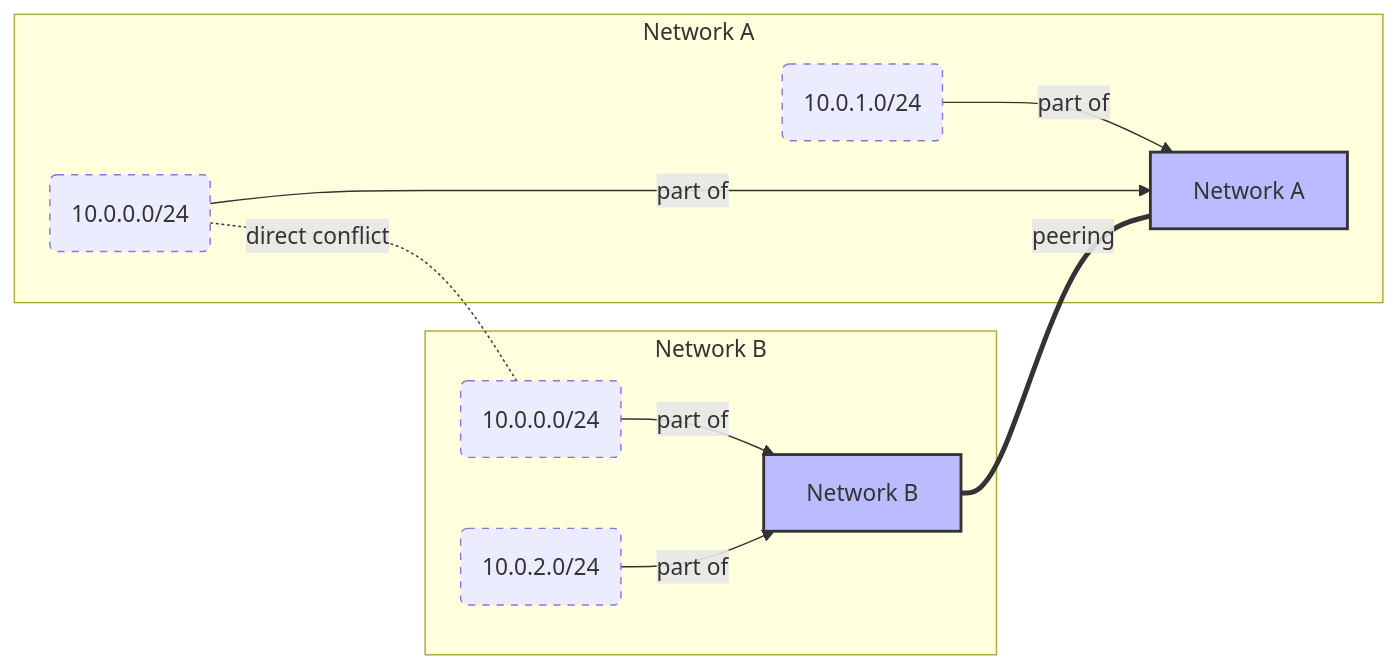
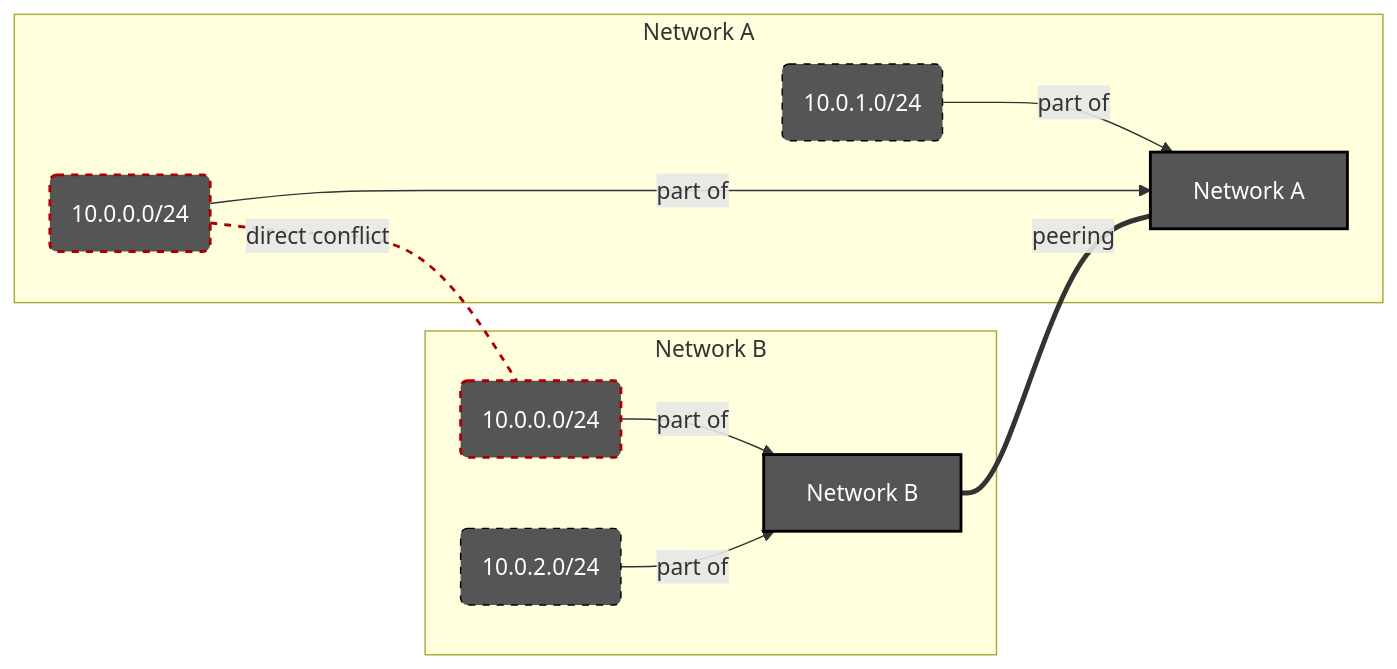
Before and after one commit to mattrussi/gitlab-com-runbooks: the first of 4 diagrams in docs/ci-runners/README.md, drawn with Mermaid. The commit also changed other lines of this file, not shown here.

First line of the commit message:
docs(ci-runners): show subnetwork conflict

````diff
--- a/docs/ci-runners/README.md
+++ b/docs/ci-runners/README.md
@@ -146,22 +146,22 @@
 ```mermaid
 graph LR
-  classDef subnetwork stroke-dasharray: 5 5;
-  classDef vpc fill:#bbf,stroke:#333,stroke-width:2px;
+  classDef subnetwork          color:#fff,fill:#555,stroke:#000,stroke-dasharray: 5 5;
+  classDef subnetwork_conflict color:#fff,fill:#555,stroke:#a00,stroke-width:2px,stroke-dasharray: 5 5;
+  classDef vpc                 color:#fff,fill:#555,stroke:#000,stroke-width:2px;
 
   subgraph Network A
     subnetwork_A_1("10.0.1.0/24"):::subnetwork -->|part of| network_A["Network A"]:::vpc
-    subnetwork_A_2("10.0.0.0/24"):::subnetwork -->|part of| network_A
+    subnetwork_A_2("10.0.0.0/24"):::subnetwork_conflict -->|part of| network_A
   end
 
   subgraph Network B
-    subnetwork_B_2("10.0.0.0/24"):::subnetwork -->|part of| network_B["Network B"]:::vpc
+    subnetwork_B_2("10.0.0.0/24"):::subnetwork_conflict -->|part of| network_B["Network B"]:::vpc
     subnetwork_B_1("10.0.2.0/24"):::subnetwork -->|part of| network_B
   end
 
   network_B ===|peering| network_A
 
   subnetwork_A_2 -.-|direct conflict| subnetwork_B_2
 
-  style subnetwork_A_2 stroke-dasharray: 5 5
-  style subnetwork_B_2 stroke-dasharray: 5 5
+  linkStyle 5 stroke:#a00,stroke-width:2px,stroke-dasharray: 5 5;
 ```
````
